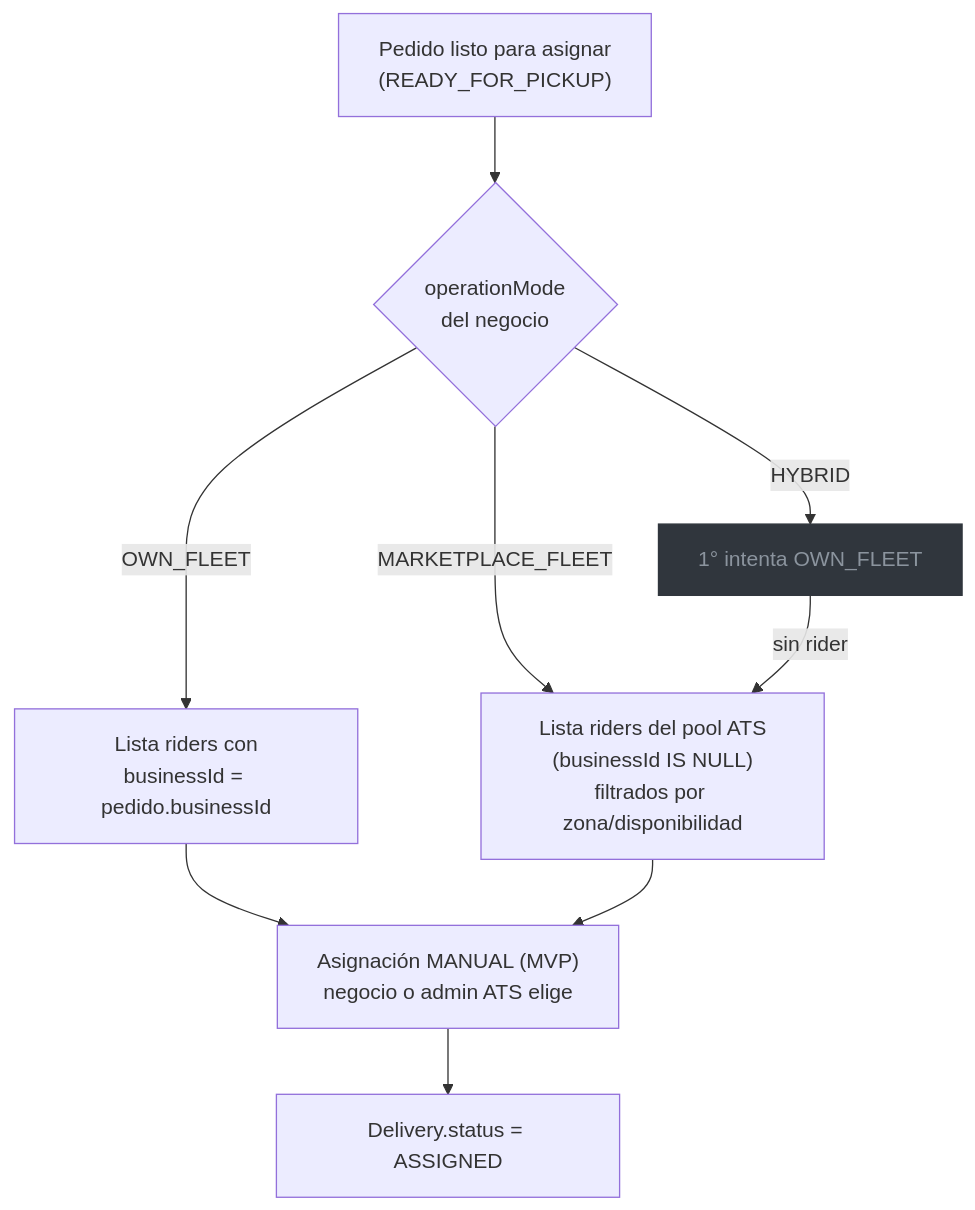
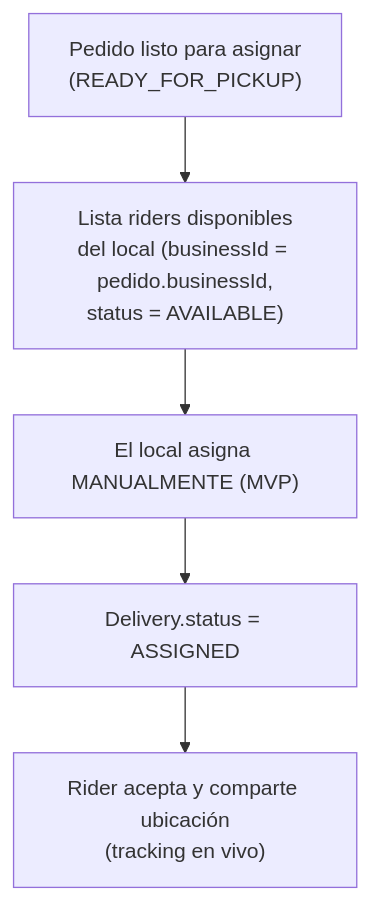
One commit to aragontechsolutions-dev/ATS-Express changed the fourth of 6 diagrams in docs/architecture.md. Above: the diagram before and after it, drawn with Mermaid. The commit also changed other lines of this file and 2 other files, not shown here.

First line of the commit message:
refactor: pivot a modelo SaaS para locales con delivery propio

````diff
--- a/docs/architecture.md
+++ b/docs/architecture.md
@@ -151,14 +157,7 @@
 ```mermaid
 flowchart TD
-  A["Pedido listo para asignar<br/>(READY_FOR_PICKUP)"] --> B{"operationMode<br/>del negocio"}
-  B -->|OWN_FLEET| C["Lista riders con<br/>businessId = pedido.businessId"]
-  B -->|MARKETPLACE_FLEET| D["Lista riders del pool ATS<br/>(businessId IS NULL)<br/>filtrados por zona/disponibilidad"]
-  B -->|HYBRID| E["1° intenta OWN_FLEET"]
-  E -->|sin rider| D
-  C --> F["Asignación MANUAL (MVP)<br/>negocio o admin ATS elige"]
-  D --> F
+  A["Pedido listo para asignar<br/>(READY_FOR_PICKUP)"] --> C["Lista riders disponibles<br/>del local (businessId = pedido.businessId,<br/>status = AVAILABLE)"]
+  C --> F["El local asigna MANUALMENTE (MVP)"]
   F --> G["Delivery.status = ASSIGNED"]
-
-  classDef futuro fill:#30363d,color:#8b949e,stroke:#30363d;
-  class E futuro;
+  G --> H["Rider acepta y comparte ubicación<br/>(tracking en vivo)"]
 ```
````
